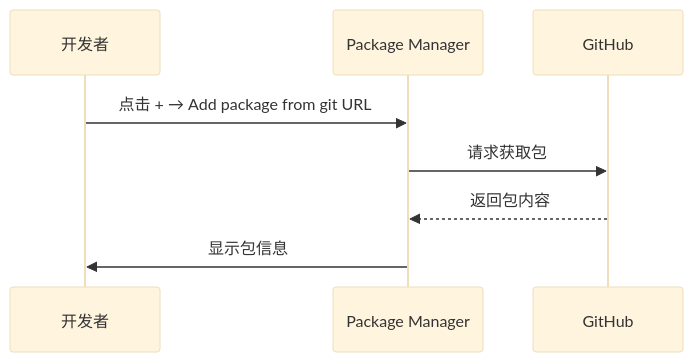
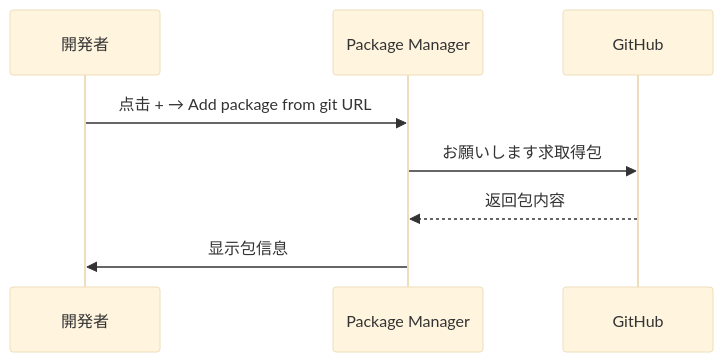
The second of 2 diagrams in docs/ja/client/unity/component/event/02.installation.md (AlianBlank/GameFrameX.Docs), drawn with Mermaid (base theme) before and after one commit. The commit also changed other lines of this file and 603 other files, not shown here.

````diff
--- a/docs/ja/client/unity/component/event/02.installation.md
+++ b/docs/ja/client/unity/component/event/02.installation.md
@@ -76,11 +76,11 @@
 ```mermaid
 sequenceDiagram
-    participant User as 开发者
+    participant User as 開発者
     participant PM as Package Manager
     participant Git as GitHub
 
     User->>PM: 点击 + → Add package from git URL
-    PM->>Git: 请求获取包
+    PM->>Git: お願いします求取得包
     Git-->>PM: 返回包内容
     PM->>User: 显示包信息
 ```
````
